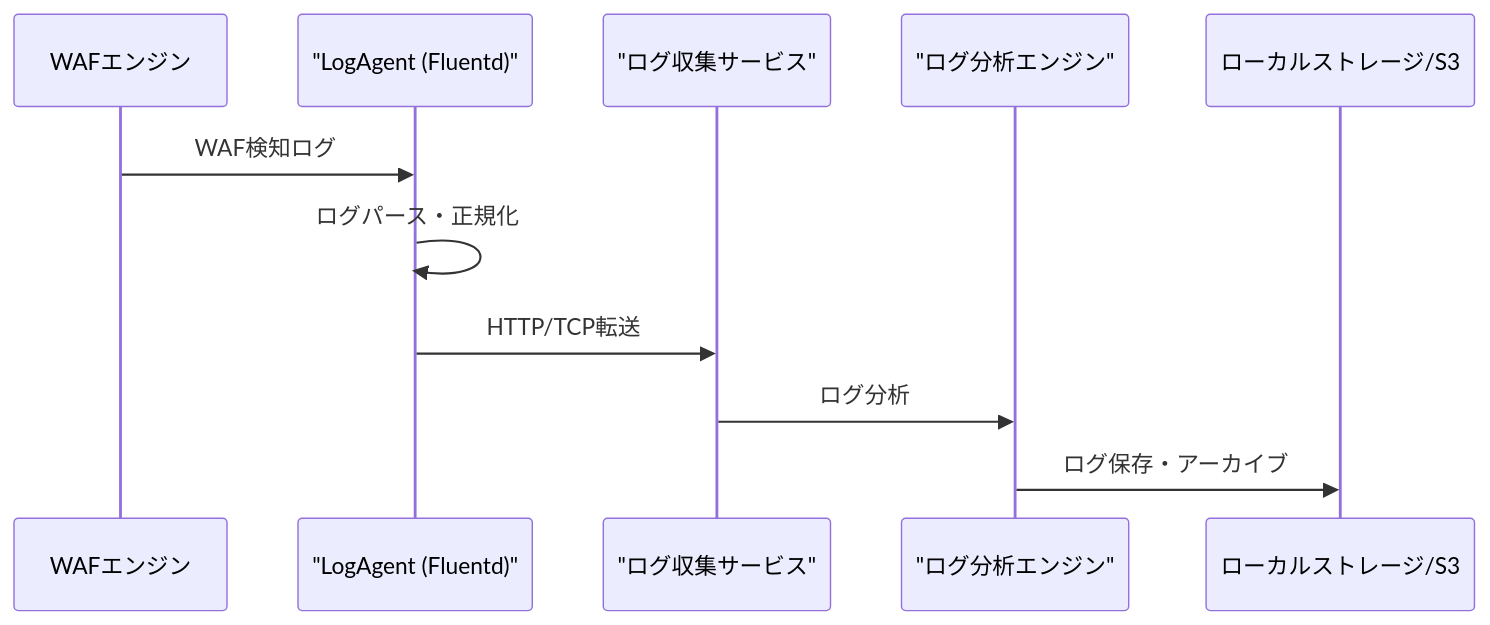
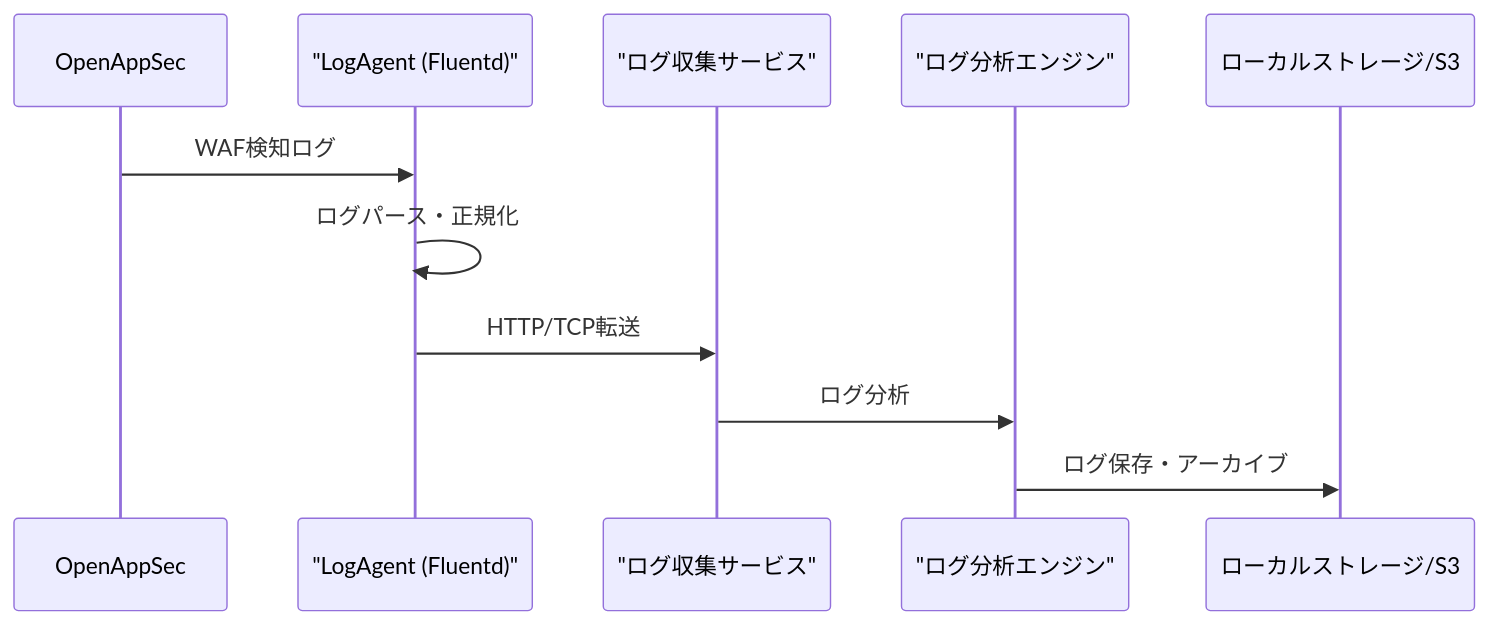
One commit to kencom2400/MrWebDefence-Design changed the fourth of 6 diagrams in DESIGN.md. Above: the diagram before and after it, drawn with Mermaid.

Commit message:
fix(design): ログ転送フローのシーケンス図で抽象的な参加者名を具体的なコンポーネント名に修正
- WAFエンジンをOpenAppSecに変更（コンポーネント構成図と一致）

````diff
--- a/DESIGN.md
+++ b/DESIGN.md
@@ -636,14 +636,14 @@
 ```mermaid
 sequenceDiagram
-    participant WAF as WAFエンジン
+    participant OpenAppSec as OpenAppSec
     participant LogAgent as "LogAgent (Fluentd)"
     participant LogCollector as "ログ収集サービス"
     participant LogAnalyzer as "ログ分析エンジン"
     participant Storage as ローカルストレージ/S3
 
-    WAF->>LogAgent: WAF検知ログ
+    OpenAppSec->>LogAgent: WAF検知ログ
     LogAgent->>LogAgent: ログパース・正規化
     LogAgent->>LogCollector: HTTP/TCP転送
     LogCollector->>LogAnalyzer: ログ分析
     LogAnalyzer->>Storage: ログ保存・アーカイブ
 ```
````
